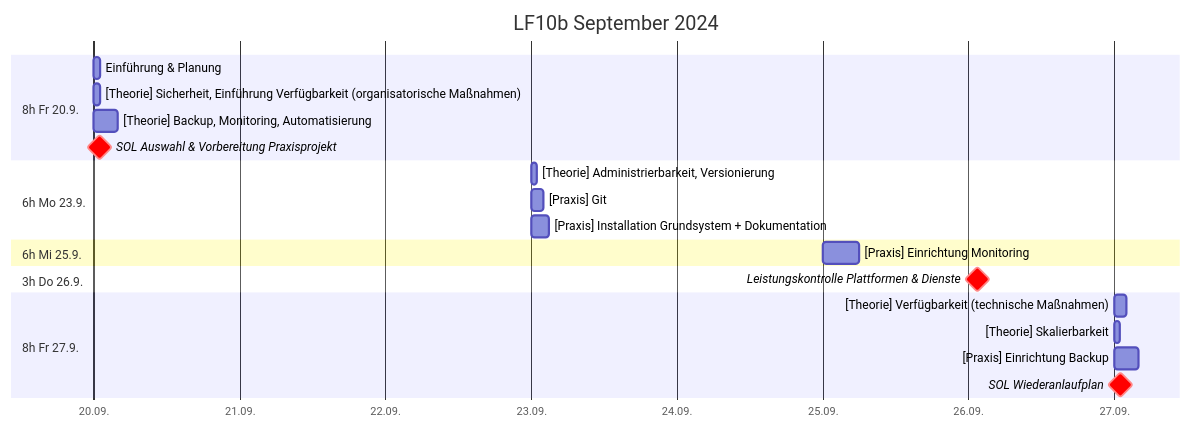
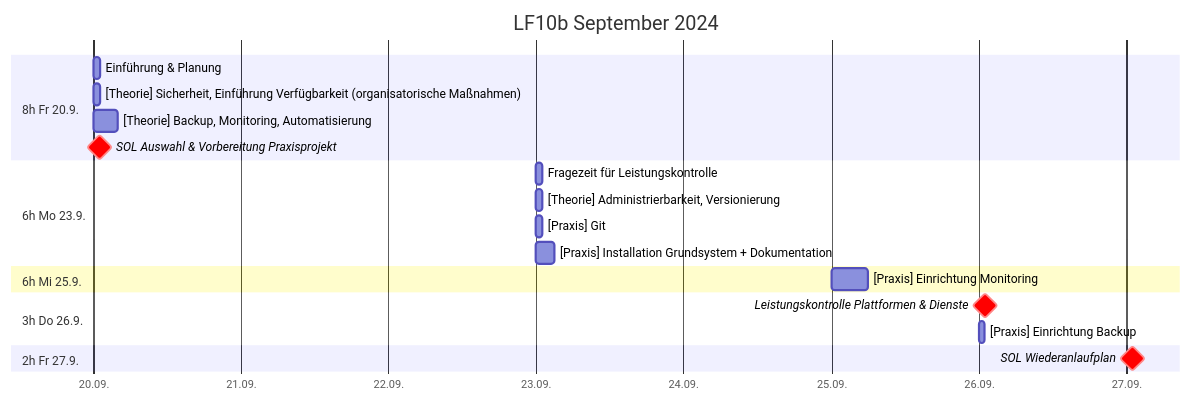
The first of 2 diagrams in src/plan.md (johannesloetzsch/LF10b), drawn with Mermaid before and after one commit.

````diff
--- a/src/plan.md
+++ b/src/plan.md
@@ -5,24 +5,23 @@
 ```mermaid
 gantt
  title LF10b September 2024
  dateFormat YYYY-MM-DD
  axisFormat %d.%m.
  section 8h Fr 20.9.
   Einführung & Planung          :2024-09-20, 1h
   [Theorie] Sicherheit, Einführung Verfügbarkeit (organisatorische Maßnahmen)  :2024-09-20, 1h
   [Theorie] Backup, Monitoring, Automatisierung   :2024-09-20, 4h
   SOL Auswahl & Vorbereitung Praxisprojekt :crit, milestone, 2024-09-20, 2h
  section 6h Mo 23.9.
+  Fragezeit für Leistungskontrolle                   :2024-09-23, 1h
   [Theorie] Administrierbarkeit, Versionierung       :2024-09-23, 1h
-  [Praxis] Git                  :2024-09-23, 2h
+  [Praxis] Git                  :2024-09-23, 1h
   [Praxis] Installation Grundsystem + Dokumentation  :2024-09-23, 3h
  section 6h Mi 25.9.
   [Praxis] Einrichtung Monitoring :2024-09-25, 6h
  section 3h Do 26.9.
-  Leistungskontrolle Plattformen & Dienste  :crit, milestone, 2024-09-26, 3h
- section 8h Fr 27.9.
-  [Theorie] Verfügbarkeit (technische Maßnahmen)  :2024-09-27, 2h
-  [Theorie] Skalierbarkeit      :2024-09-27, 1h
-  [Praxis] Einrichtung Backup   :2024-09-27, 4h
+  Leistungskontrolle Plattformen & Dienste  :crit, milestone, 2024-09-26, 2h
+  [Praxis] Einrichtung Backup   :2024-09-26, 1h
+ section 2h Fr 27.9.
   SOL Wiederanlaufplan          :crit, milestone, 2024-09-27, 2h
 ```
````
